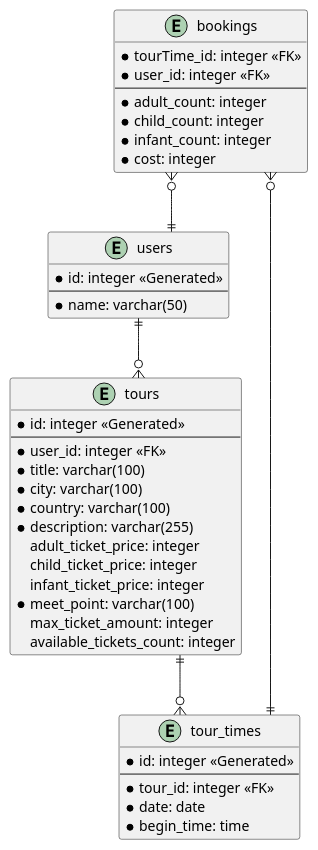
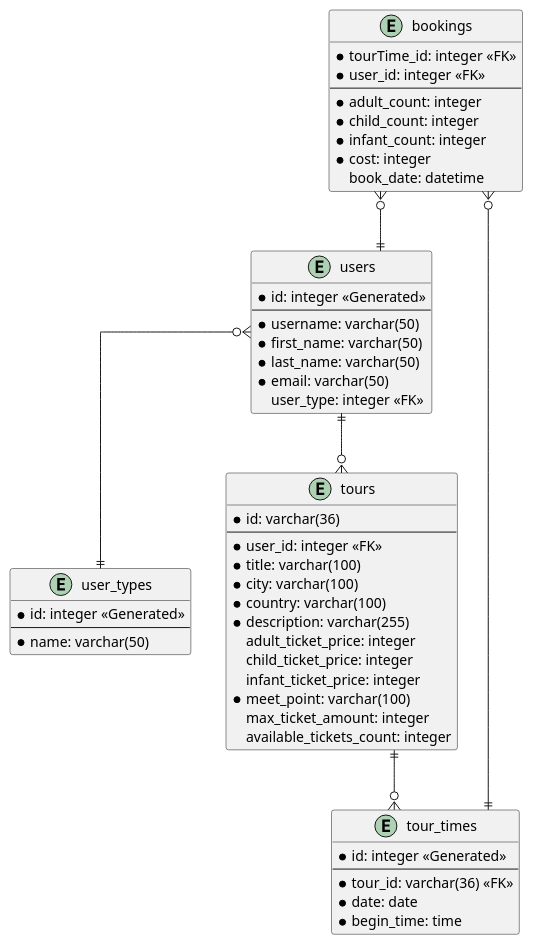
One commit to WaalerThomas/ITF20319_Gruppe13 changed the diagram in models/database.puml. Above: the diagram before and after it, drawn with PlantUML. The commit also changed 3 other files, not shown here.

```diff
--- a/models/database.puml
+++ b/models/database.puml
@@ -1,49 +1,61 @@
 @startuml
 skinparam linetype ortho
 
 entity users {
     *id: integer <<Generated>>
     --
+    *username: varchar(50)
+    *first_name: varchar(50)
+    *last_name: varchar(50)
+    *email: varchar(50)
+    user_type: integer <<FK>>
+}
+
+entity user_types {
+    *id: integer <<Generated>>
+    --
     *name: varchar(50)
 }
 
 entity tours {
-    *id: integer <<Generated>>
+    *id: varchar(36)
     --
     *user_id: integer <<FK>>
     *title: varchar(100)
     *city: varchar(100)
     *country: varchar(100)
     *description: varchar(255)
     adult_ticket_price: integer
     child_ticket_price: integer
     infant_ticket_price: integer
     *meet_point: varchar(100)
     max_ticket_amount: integer
     available_tickets_count: integer
 }
 
 entity tour_times {
     *id: integer <<Generated>>
     --
-    *tour_id: integer <<FK>>
+    *tour_id: varchar(36) <<FK>>
     *date: date
     *begin_time: time
 }
 
 entity bookings {
     *tourTime_id: integer <<FK>>
     *user_id: integer <<FK>>
     --
     *adult_count: integer
     *child_count: integer
     *infant_count: integer
     *cost: integer
+    book_date: datetime
 }
 
 users ||--o{ tours
+users }o--|| user_types
 tours ||--o{ tour_times
 bookings }o--|| tour_times
 bookings }o--|| users
 
 @enduml
```
